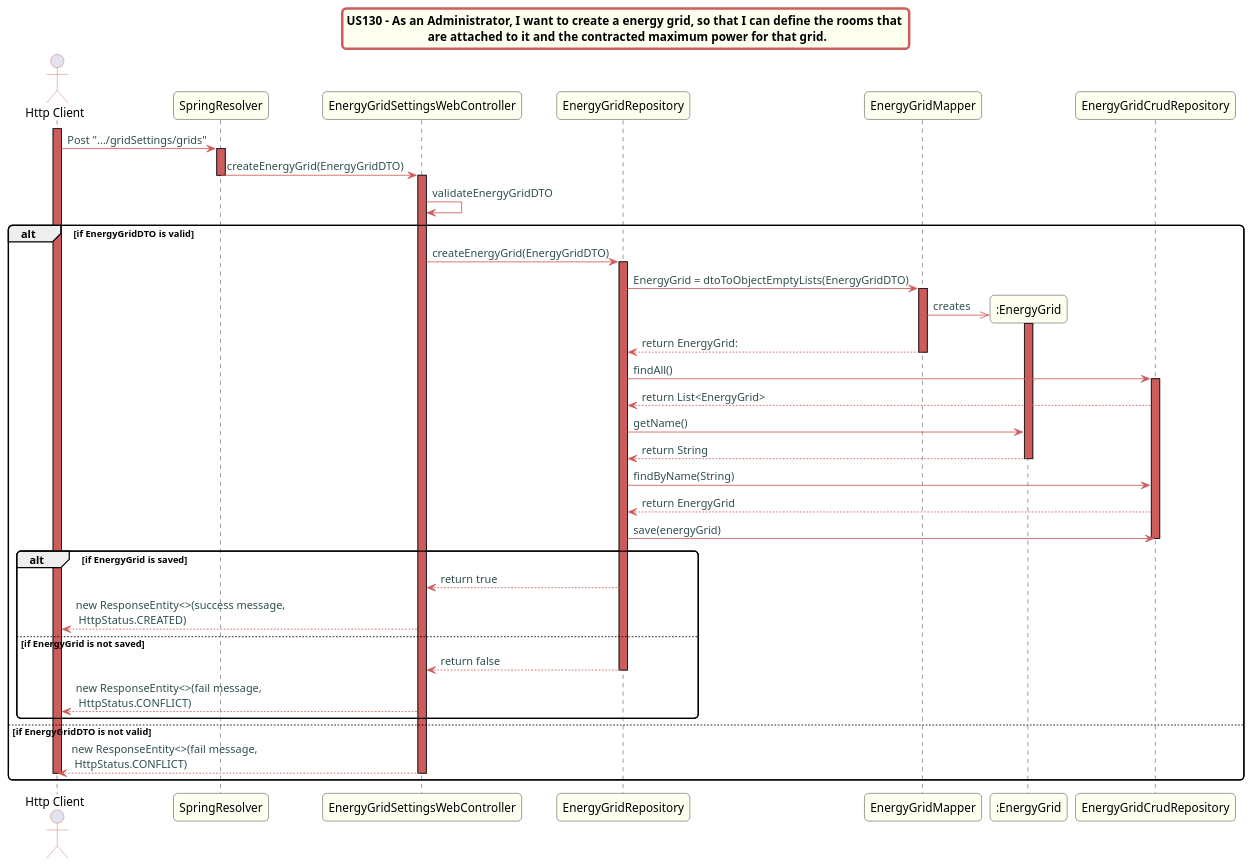
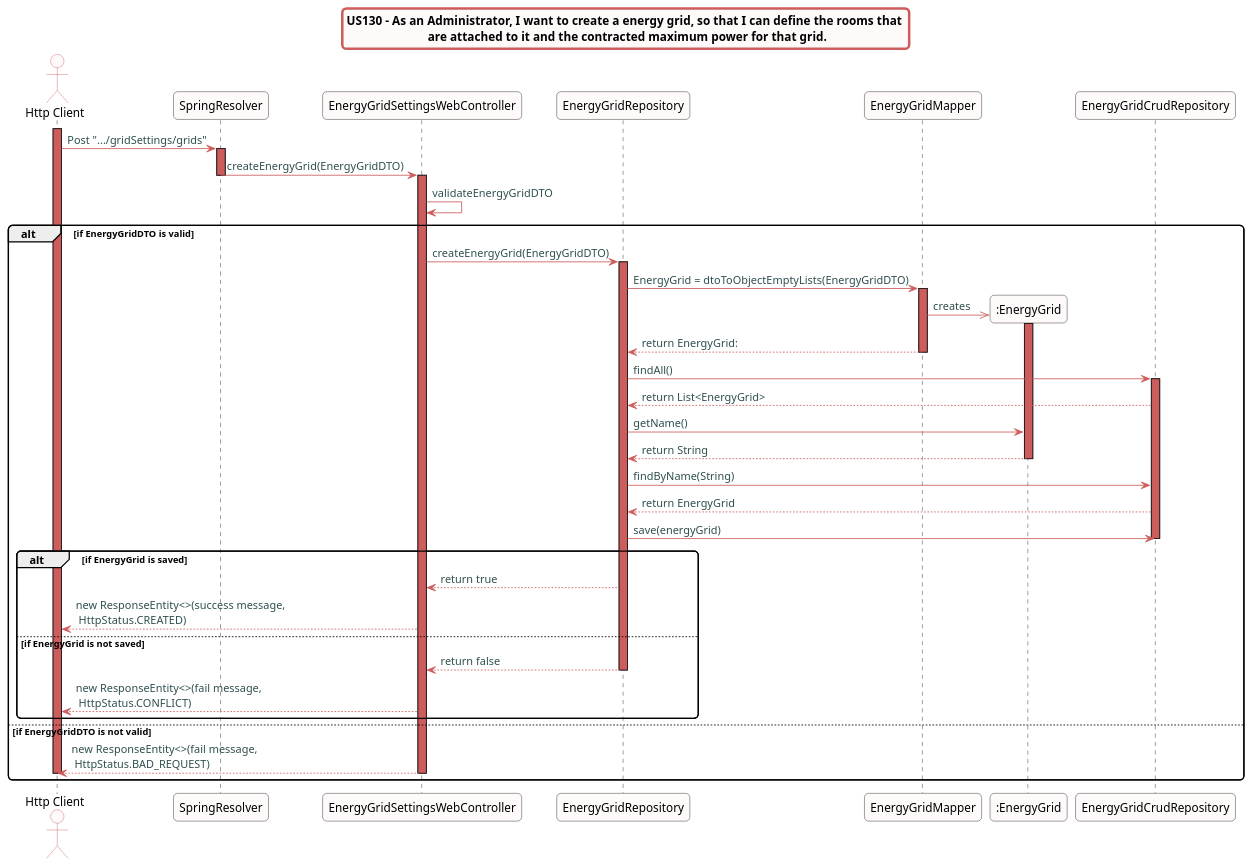
Before and after one commit to Almadanmp/project: the diagram in src/doc/WEB_Controllers/EnergyGridSettings/US130/US130_sd.puml, drawn with PlantUML.

Commit message:
REF #345: Asserts US130 web-controller Class Diagram

```diff
--- a/src/doc/WEB_Controllers/EnergyGridSettings/US130/US130_sd.puml
+++ b/src/doc/WEB_Controllers/EnergyGridSettings/US130/US130_sd.puml
@@ -1,70 +1,72 @@
 @startuml
 skinparam titleBorderRoundCorner 10
 skinparam titleBorderThickness 3
 skinparam titleBorderColor indianred
-skinparam titleBackgroundColor ivory
+skinparam titleBackgroundColor snow
 skinparam FontName quicksand
 
 skinparam actor {
- 	BorderColor indianred
- 	}
+  BorderColor indianred
+  backgroundColor Snow
+  }
 
- skinparam sequence {
- 	LifeLineBackgroundColor indianred
- 	ParticipantBackgroundColor ivory
+skinparam sequence {
+  LifeLineBackgroundColor indianred
+  ParticipantBackgroundColor snow
 }
 
- skinparam roundcorner 10
+skinparam roundcorner 10
 
- skinparam component {
-   arrowThickness 1
-   ArrowFontName Verdana
-   ArrowColor indianred
-   ArrowFontColor darkslategrey
- }
+skinparam component {
+  arrowThickness 1
+  ArrowFontName Verdana
+  ArrowColor indianred
+  ArrowFontColor darkslategrey
+}
+
 title US130 - As an Administrator, I want to create a energy grid, so that I can define the rooms that \n are attached to it and the contracted maximum power for that grid.
 
 actor "Http Client"
 activate "Http Client"
 "Http Client" -> "SpringResolver":  Post ".../gridSettings/grids"
 activate "SpringResolver"
 "SpringResolver" -> "EnergyGridSettingsWebController": createEnergyGrid(EnergyGridDTO)
 deactivate "SpringResolver"
 activate "EnergyGridSettingsWebController"
 "EnergyGridSettingsWebController" -> "EnergyGridSettingsWebController": validateEnergyGridDTO
 alt if EnergyGridDTO is valid
 "EnergyGridSettingsWebController" -> "EnergyGridRepository": createEnergyGrid(EnergyGridDTO)
 activate "EnergyGridRepository"
 "EnergyGridRepository" -> "EnergyGridMapper": EnergyGrid = dtoToObjectEmptyLists(EnergyGridDTO)
 activate "EnergyGridMapper"
 create ":EnergyGrid"
 "EnergyGridMapper" ->>":EnergyGrid": creates
 activate ":EnergyGrid"
 "EnergyGridMapper" --> "EnergyGridRepository": return EnergyGrid:
 deactivate "EnergyGridMapper"
 "EnergyGridRepository" -> "EnergyGridCrudRepository":findAll()
 activate "EnergyGridCrudRepository"
 "EnergyGridCrudRepository" --> "EnergyGridRepository": return List<EnergyGrid>
 "EnergyGridRepository" -> ":EnergyGrid": getName()
 ":EnergyGrid" --> "EnergyGridRepository": return String
 deactivate ":EnergyGrid"
 "EnergyGridRepository" -> "EnergyGridCrudRepository": findByName(String)
 "EnergyGridCrudRepository" --> "EnergyGridRepository": return EnergyGrid
 "EnergyGridRepository" -> "EnergyGridCrudRepository": save(energyGrid)
 deactivate "EnergyGridCrudRepository"
 alt if EnergyGrid is saved
 "EnergyGridRepository" --> "EnergyGridSettingsWebController": return true
 "EnergyGridSettingsWebController" --> "Http Client": new ResponseEntity<>(success message,\n HttpStatus.CREATED)
 else if EnergyGrid is not saved
 "EnergyGridRepository" --> "EnergyGridSettingsWebController": return false
 deactivate "EnergyGridRepository"
 
 "EnergyGridSettingsWebController" --> "Http Client": new ResponseEntity<>(fail message,\n HttpStatus.CONFLICT)
 end
 else if EnergyGridDTO is not valid
-"EnergyGridSettingsWebController" --> "Http Client": new ResponseEntity<>(fail message,\n HttpStatus.CONFLICT)
+"EnergyGridSettingsWebController" --> "Http Client": new ResponseEntity<>(fail message,\n HttpStatus.BAD_REQUEST)
 deactivate "Http Client"
 deactivate "EnergyGridSettingsWebController"
 end
 
 @enduml
```
